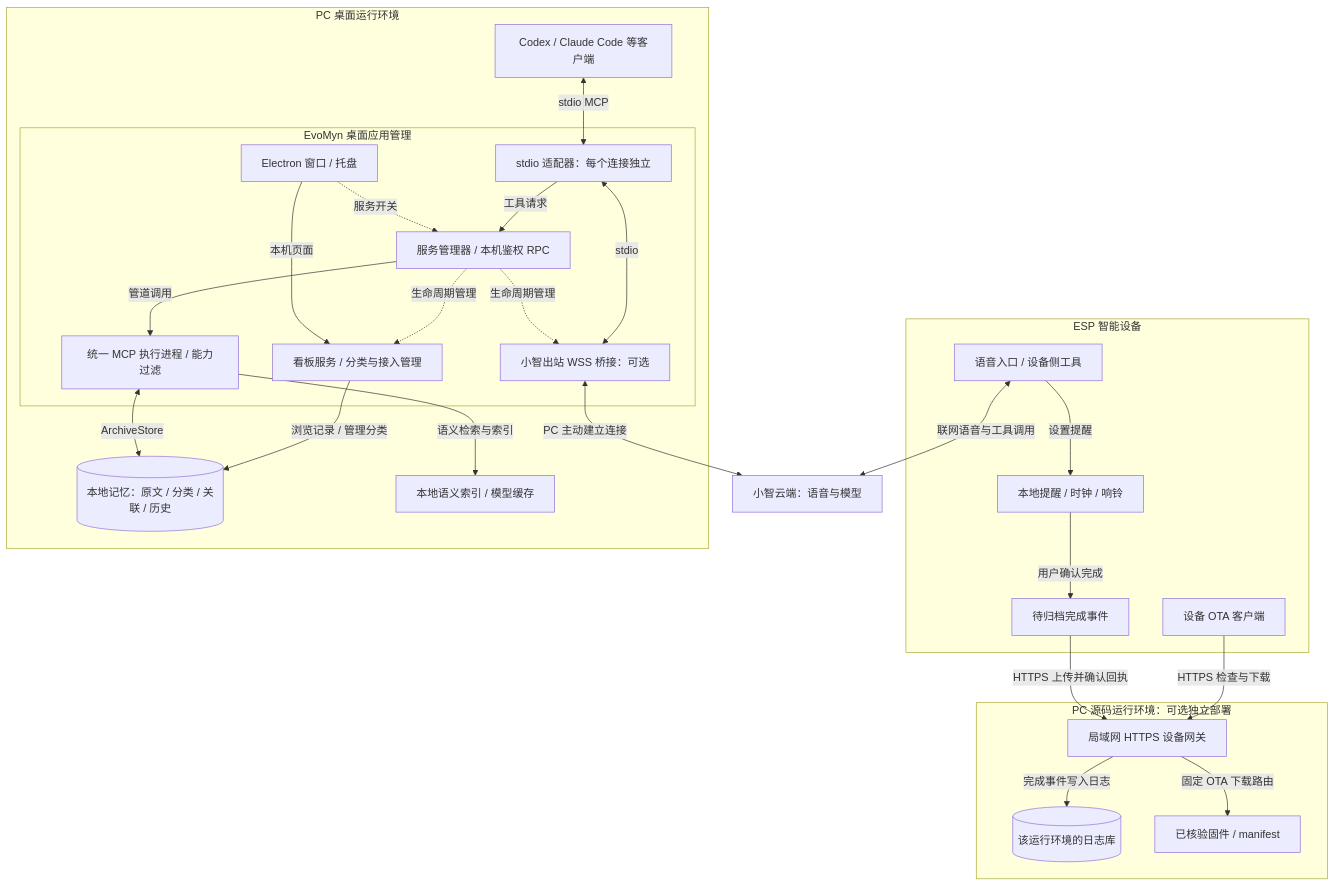
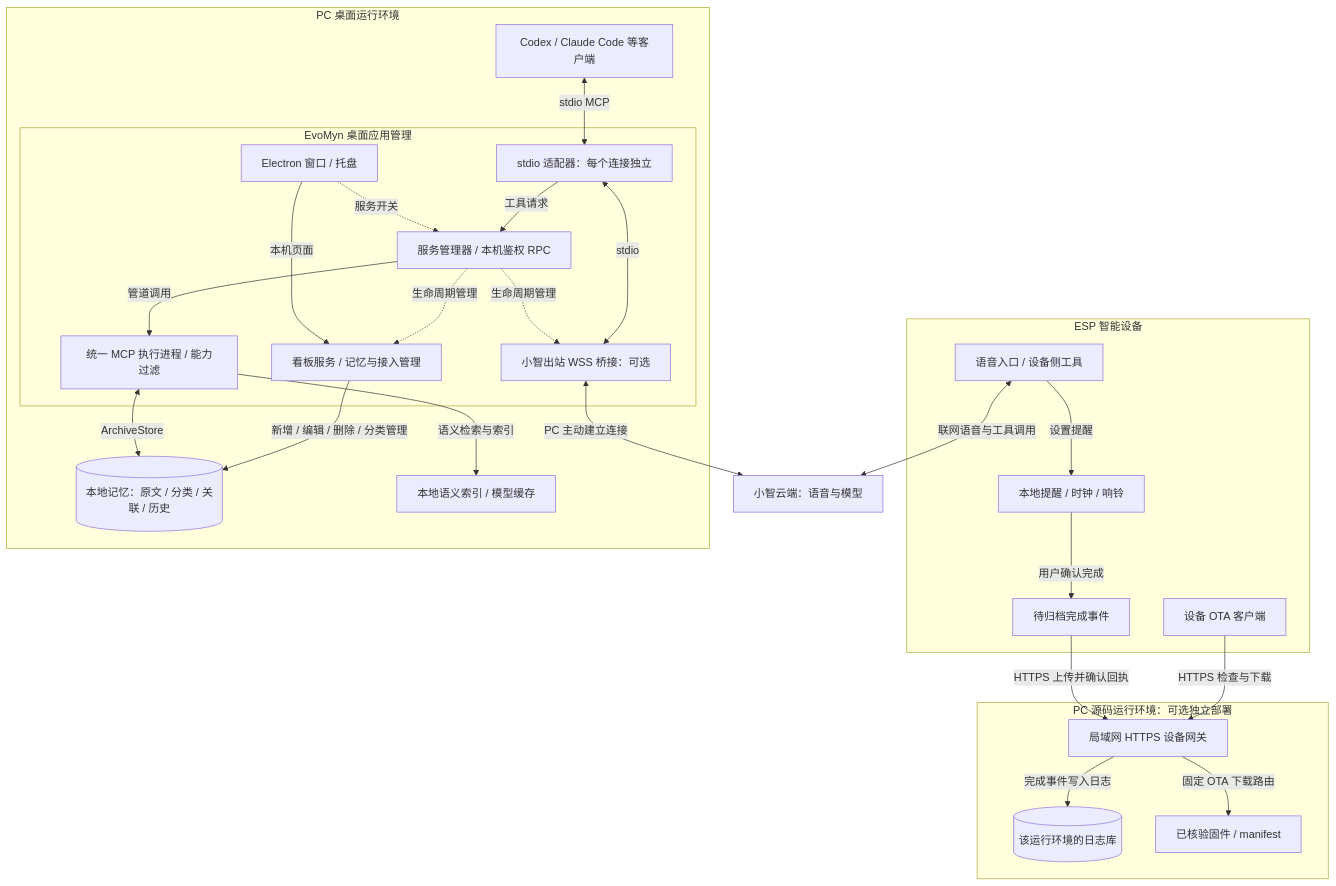
Before and after one commit to ArkFishingLab/EvoMyn: the first of 2 diagrams in docs/architecture.md, drawn with Mermaid. The commit also changed other lines of this file and 28 other files, not shown here.

````diff
--- a/docs/architecture.md
+++ b/docs/architecture.md
@@ -7,47 +7,47 @@
 ```mermaid
 flowchart TB
     Cloud["小智云端：语音与模型"]
     subgraph ESP["ESP 智能设备"]
         Voice["语音入口 / 设备侧工具"]
         Planner["本地提醒 / 时钟 / 响铃"]
         Outbox["待归档完成事件"]
         OTA["设备 OTA 客户端"]
         Voice -->|设置提醒| Planner
         Planner -->|用户确认完成| Outbox
     end
     subgraph PC["PC 桌面运行环境"]
         Clients["Codex / Claude Code 等客户端"]
         subgraph App["EvoMyn 桌面应用管理"]
             UI["Electron 窗口 / 托盘"]
             Supervisor["服务管理器 / 本机鉴权 RPC"]
             Adapter["stdio 适配器：每个连接独立"]
             Bridge["小智出站 WSS 桥接：可选"]
             Worker["统一 MCP 执行进程 / 能力过滤"]
-            Dashboard["看板服务 / 分类与接入管理"]
+            Dashboard["看板服务 / 记忆与接入管理"]
             UI -.->|服务开关| Supervisor
             UI -->|本机页面| Dashboard
             Adapter -->|工具请求| Supervisor
             Supervisor -->|管道调用| Worker
             Supervisor -.->|生命周期管理| Dashboard
             Supervisor -.->|生命周期管理| Bridge
             Bridge <-->|stdio| Adapter
         end
         Store[("本地记忆：原文 / 分类 / 关联 / 历史")]
         Index["本地语义索引 / 模型缓存"]
         Clients <-->|stdio MCP| Adapter
         Worker <-->|ArchiveStore| Store
         Worker -->|语义检索与索引| Index
-        Dashboard -->|浏览记录 / 管理分类| Store
+        Dashboard -->|新增 / 编辑 / 删除 / 分类管理| Store
     end
     subgraph Source["PC 源码运行环境：可选独立部署"]
         Gateway["局域网 HTTPS 设备网关"]
         SourceStore[("该运行环境的日志库")]
         Firmware["已核验固件 / manifest"]
         Gateway -->|完成事件写入日志| SourceStore
         Gateway -->|固定 OTA 下载路由| Firmware
     end
     Voice <-->|联网语音与工具调用| Cloud
     Bridge <-->|PC 主动建立连接| Cloud
     Outbox -->|HTTPS 上传并确认回执| Gateway
     OTA -->|HTTPS 检查与下载| Gateway
 ```
````
